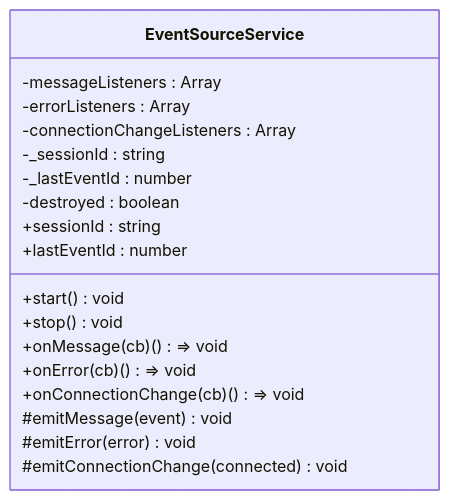
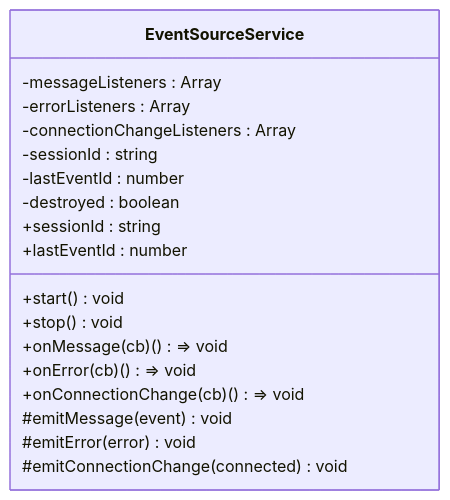
One commit to alibaba/tron-one-agent changed the fifth of 11 diagrams in .qoder/repowiki/en/content/Frontend Architecture/Frontend Architecture.md. Above: the diagram before and after it, drawn with Mermaid. The commit also changed other lines of this file and 8 other files, not shown here.

````diff
--- a/.qoder/repowiki/en/content/Frontend Architecture/Frontend Architecture.md
+++ b/.qoder/repowiki/en/content/Frontend Architecture/Frontend Architecture.md
@@ -300,21 +342,21 @@
 ```mermaid
 classDiagram
 class EventSourceService {
 -messageListeners : Array
 -errorListeners : Array
 -connectionChangeListeners : Array
--_sessionId : string
--_lastEventId : number
+-sessionId : string
+-lastEventId : number
 -destroyed : boolean
 +sessionId : string
 +lastEventId : number
 +start() void
 +stop() void
 +onMessage(cb) () => void
 +onError(cb) () => void
 +onConnectionChange(cb) () => void
 #emitMessage(event) void
 #emitError(error) void
 #emitConnectionChange(connected) void
 }
 ```
````
